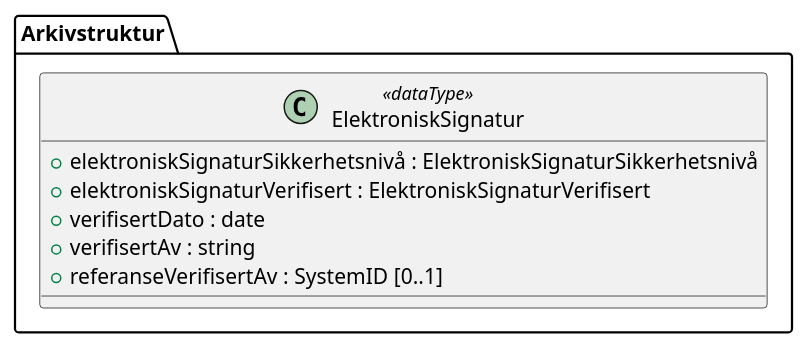
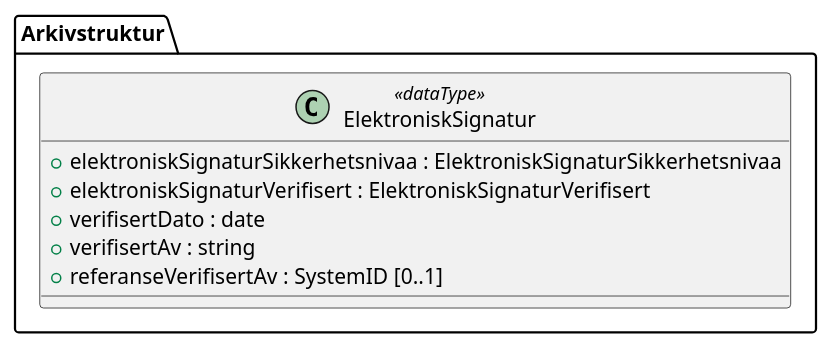
One commit to arkivverket/noark5-tjenestegrensesnitt-standard changed the diagram in kapitler/media/uml-datatype-elektronisksignatur.iuml. Above: the diagram before and after it, drawn with PlantUML. The commit also changed 3 other files, not shown here.

First line of the commit message:
Replace å with aa in [Ee]lektroniskSignaturSikkerhetsnivå.

```diff
--- a/kapitler/media/uml-datatype-elektronisksignatur.iuml
+++ b/kapitler/media/uml-datatype-elektronisksignatur.iuml
@@ -1,9 +1,9 @@
 @startuml
 class Arkivstruktur.ElektroniskSignatur <<dataType>> {
-  +elektroniskSignaturSikkerhetsnivå : ElektroniskSignaturSikkerhetsnivå
+  +elektroniskSignaturSikkerhetsnivaa : ElektroniskSignaturSikkerhetsnivaa
   +elektroniskSignaturVerifisert : ElektroniskSignaturVerifisert
   +verifisertDato : date
   +verifisertAv : string
   +referanseVerifisertAv : SystemID [0..1]
 }
 @enduml
```
